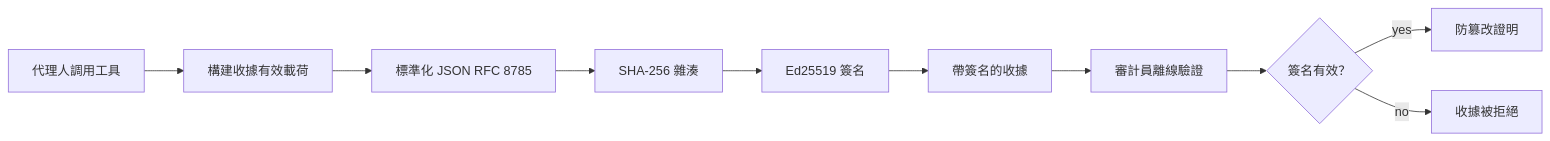
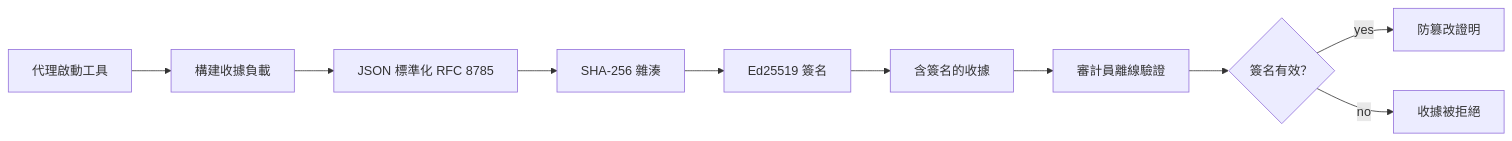
The first of 2 diagrams in mirrors/repos/microsoft@ai-agents-for-beginners/translations/zh-MO/18-securing-ai-agents/README.md (gabrielmoreira/agent-skills-mirror), drawn with Mermaid before and after one commit. The commit also changed other lines of this file and 8886 other files, not shown here.

````diff
--- a/mirrors/repos/microsoft@ai-agents-for-beginners/translations/zh-MO/18-securing-ai-agents/README.md
+++ b/mirrors/repos/microsoft@ai-agents-for-beginners/translations/zh-MO/18-securing-ai-agents/README.md
@@ -51,12 +51,12 @@
 ```mermaid
 flowchart LR
-    A[代理人調用工具] --> B[構建收據有效載荷]
-    B --> C[標準化 JSON RFC 8785]
+    A[代理啟動工具] --> B[構建收據負載]
+    B --> C[JSON 標準化 RFC 8785]
     C --> D[SHA-256 雜湊]
     D --> E[Ed25519 簽名]
-    E --> F[帶簽名的收據]
+    E --> F[含簽名的收據]
     F --> G[審計員離線驗證]
     G --> H{簽名有效？}
     H -- yes --> I[防篡改證明]
     H -- no --> J[收據被拒絕]
 ```
````
